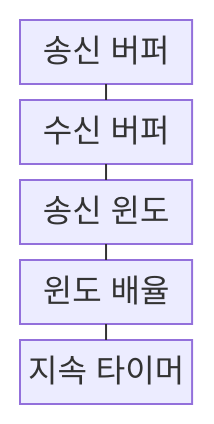
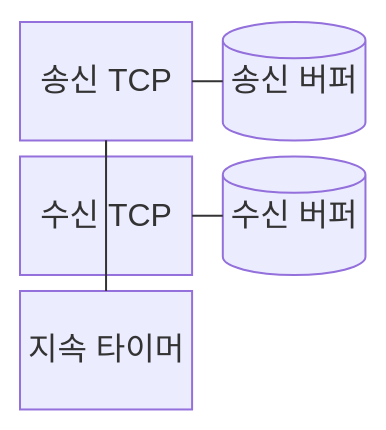
One commit to agnusdei1207/knowledge-base changed the first of 2 diagrams in src/content/docs/notes/04-network/024_tcp_flow_control.md. Above: the diagram before and after it, drawn with Mermaid. The commit also changed other lines of this file and 20 other files, not shown here.

````diff
--- a/src/content/docs/notes/04-network/024_tcp_flow_control.md
+++ b/src/content/docs/notes/04-network/024_tcp_flow_control.md
@@ -58,13 +58,13 @@
 ```mermaid
-block-beta
-    columns 1
-    A["송신 버퍼"]
-    B["수신 버퍼"]
-    C["송신 윈도"]
-    D["윈도 배율"]
+block
+    columns 2
+    A["송신 TCP"]
+    B[("송신 버퍼")]
+    C["수신 TCP"]
+    D[("수신 버퍼")]
     E["지속 타이머"]
     A --- B
-    B --- C
+    A --- C
     C --- D
-    D --- E
+    A --- E
 ```
````
